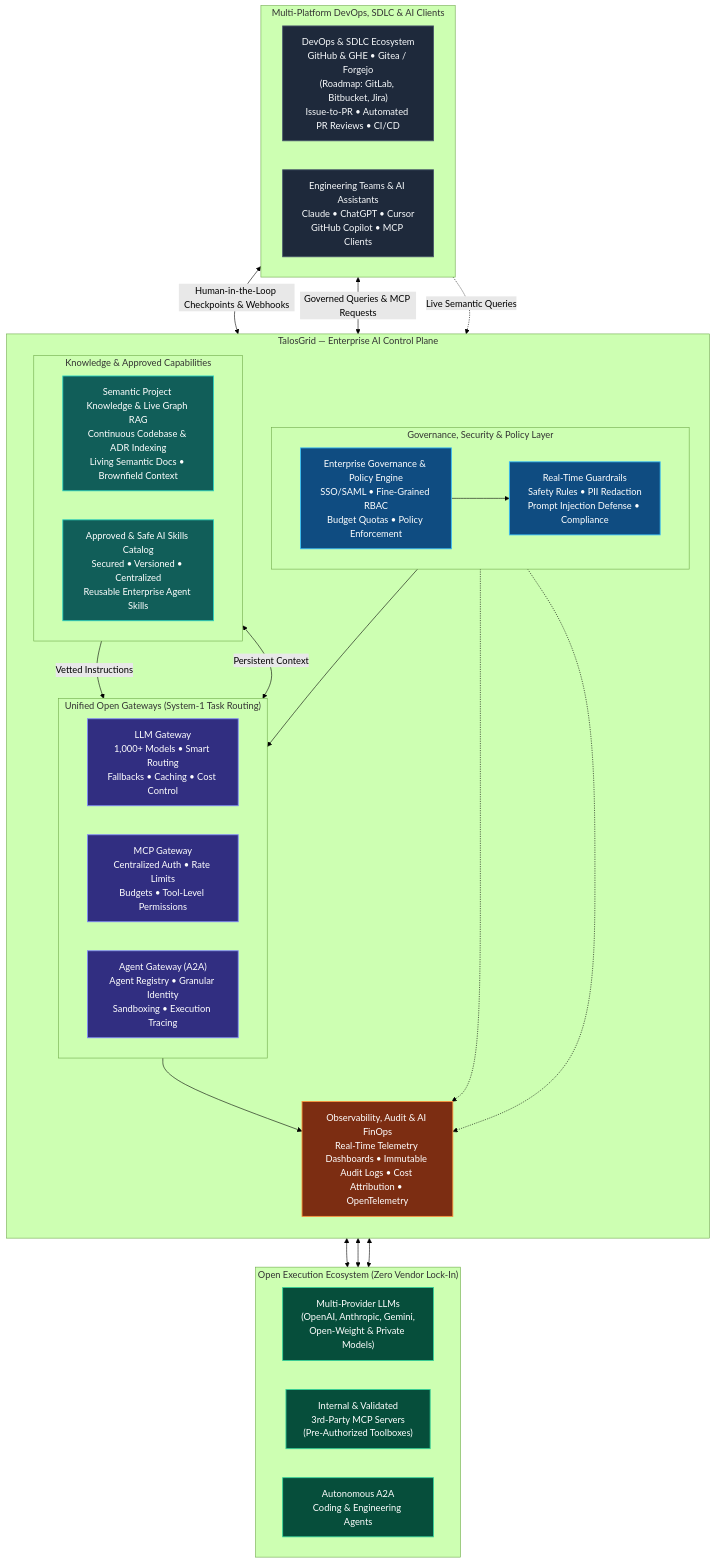
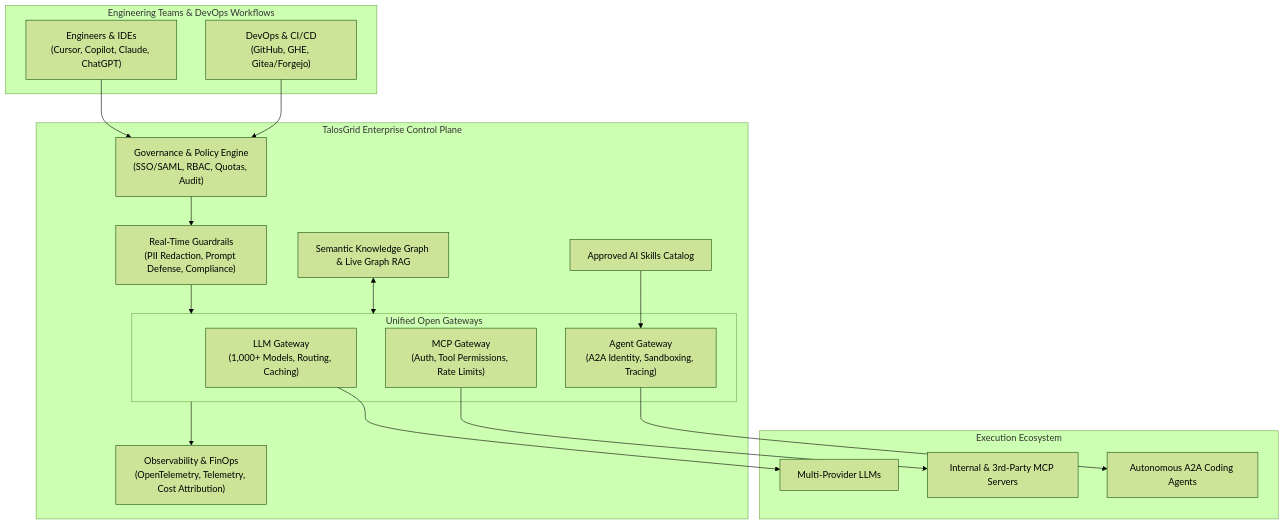
The diagram in README.md (TalosGrid/TalosGrid-Platform), drawn with Mermaid (forest theme) before and after one commit. The commit also changed other lines of this file, not shown here.

````diff
--- a/README.md
+++ b/README.md
@@ -63,77 +81,39 @@
 ```mermaid
 flowchart TB
-    %% 1. Entry & SDLC Layer
-    subgraph EntryLayer["Multi-Platform DevOps, SDLC & AI Clients"]
-        direction LR
-        DEVOPS["DevOps & SDLC Ecosystem<br/>GitHub & GHE • Gitea / Forgejo<br/>(Roadmap: GitLab, Bitbucket, Jira)<br/>Issue-to-PR • Automated PR Reviews • CI/CD"]
-        CLIENTS["Engineering Teams & AI Assistants<br/>Claude • ChatGPT • Cursor<br/>GitHub Copilot • MCP Clients"]
+    subgraph Users["Engineering Teams & DevOps Workflows"]
+        DEV["Engineers & IDEs<br/>(Cursor, Copilot, Claude, ChatGPT)"]
+        REPO["DevOps & CI/CD<br/>(GitHub, GHE, Gitea/Forgejo)"]
     end
 
-    %% 2. TalosGrid Enterprise Control Plane
-    subgraph ControlPlane["TalosGrid — Enterprise AI Control Plane"]
-        direction TB
+    subgraph ControlPlane["TalosGrid Enterprise Control Plane"]
+        GOV["Governance & Policy Engine<br/>(SSO/SAML, RBAC, Quotas, Audit)"]
+        GUARD["Real-Time Guardrails<br/>(PII Redaction, Prompt Defense, Compliance)"]
+        KG["Semantic Knowledge Graph & Live Graph RAG"]
+        SKILLS["Approved AI Skills Catalog"]
+        OBS["Observability & FinOps<br/>(OpenTelemetry, Telemetry, Cost Attribution)"]
 
-        subgraph GovLayer["Governance, Security & Policy Layer"]
-            direction LR
-            POLICY["Enterprise Governance & Policy Engine<br/>SSO/SAML • Fine-Grained RBAC<br/>Budget Quotas • Policy Enforcement"]
-            GUARD["Real-Time Guardrails<br/>Safety Rules • PII Redaction<br/>Prompt Injection Defense • Compliance"]
+        subgraph Gateways["Unified Open Gateways"]
+            LLMGW["LLM Gateway<br/>(1,000+ Models, Routing, Caching)"]
+            MCPGW["MCP Gateway<br/>(Auth, Tool Permissions, Rate Limits)"]
+            AGWGW["Agent Gateway<br/>(A2A Identity, Sandboxing, Tracing)"]
         end
-
-        subgraph ContextLayer["Knowledge & Approved Capabilities"]
-            direction LR
-            GRAPHRAG["Semantic Project Knowledge & Live Graph RAG<br/>Continuous Codebase & ADR Indexing<br/>Living Semantic Docs • Brownfield Context"]
-            SKILLS["Approved & Safe AI Skills Catalog<br/>Secured • Versioned • Centralized<br/>Reusable Enterprise Agent Skills"]
-        end
-
-        subgraph GatewayLayer["Unified Open Gateways (System-1 Task Routing)"]
-            direction LR
-            LLMGW["LLM Gateway<br/>1,000+ Models • Smart Routing<br/>Fallbacks • Caching • Cost Control"]
-            MCPGW["MCP Gateway<br/>Centralized Auth • Rate Limits<br/>Budgets • Tool-Level Permissions"]
-            AGENTGW["Agent Gateway (A2A)<br/>Agent Registry • Granular Identity<br/>Sandboxing • Execution Tracing"]
-        end
-
-        OBS["Observability, Audit & AI FinOps<br/>Real-Time Telemetry Dashboards • Immutable Audit Logs • Cost Attribution • OpenTelemetry"]
     end
 
-    %% 3. Execution Ecosystem
-    subgraph ExecLayer["Open Execution Ecosystem (Zero Vendor Lock-In)"]
-        direction LR
-        LLMS["Multi-Provider LLMs<br/>(OpenAI, Anthropic, Gemini,<br/>Open-Weight & Private Models)"]
-        MCPS["Internal & Validated<br/>3rd-Party MCP Servers<br/>(Pre-Authorized Toolboxes)"]
-        A2A["Autonomous A2A<br/>Coding & Engineering Agents"]
+    subgraph Ecosystem["Execution Ecosystem"]
+        LLMS["Multi-Provider LLMs"]
+        MCPS["Internal & 3rd-Party MCP Servers"]
+        AGENTS["Autonomous A2A Coding Agents"]
     end
 
-    %% Connections
-    DEVOPS <-->|"Human-in-the-Loop Checkpoints & Webhooks"| POLICY
-    CLIENTS <-->|"Governed Queries & MCP Requests"| POLICY
-    CLIENTS -.->|"Live Semantic Queries"| GRAPHRAG
+    DEV --> GOV
+    REPO --> GOV
+    GOV --> GUARD
+    GUARD --> Gateways
+    KG <--> Gateways
+    SKILLS --> AGWGW
+    Gateways --> OBS
 
-    POLICY --> GUARD
-    GUARD --> GatewayLayer
-
-    GRAPHRAG <-->|"Persistent Context"| GatewayLayer
-    SKILLS -->|"Vetted Instructions"| AGENTGW
-
-    GatewayLayer --> OBS
-    POLICY -.-> OBS
-    GUARD -.-> OBS
-
-    LLMGW <--> LLMS
-    MCPGW <--> MCPS
-    AGENTGW <--> A2A
-
-    %% Styling (GitHub Light & Dark Mode compatible)
-    classDef entry fill:#1E293B,stroke:#475569,color:#F8FAFC,stroke-width:1.5px;
-    classDef gov fill:#0F4C81,stroke:#38BDF8,color:#FFFFFF,stroke-width:1.5px;
-    classDef ctx fill:#115E59,stroke:#2DD4BF,color:#FFFFFF,stroke-width:1.5px;
-    classDef gw fill:#312E81,stroke:#818CF8,color:#FFFFFF,stroke-width:1.5px;
-    classDef obs fill:#7C2D12,stroke:#FB923C,color:#FFFFFF,stroke-width:1.5px;
-    classDef exec fill:#064E3B,stroke:#34D399,color:#FFFFFF,stroke-width:1.5px;
-
-    class DEVOPS,CLIENTS entry;
-    class POLICY,GUARD gov;
-    class GRAPHRAG,SKILLS ctx;
-    class LLMGW,MCPGW,AGENTGW gw;
-    class OBS obs;
-    class LLMS,MCPS,A2A exec;
+    LLMGW --> LLMS
+    MCPGW --> MCPS
+    AGWGW --> AGENTS
 ```
````
